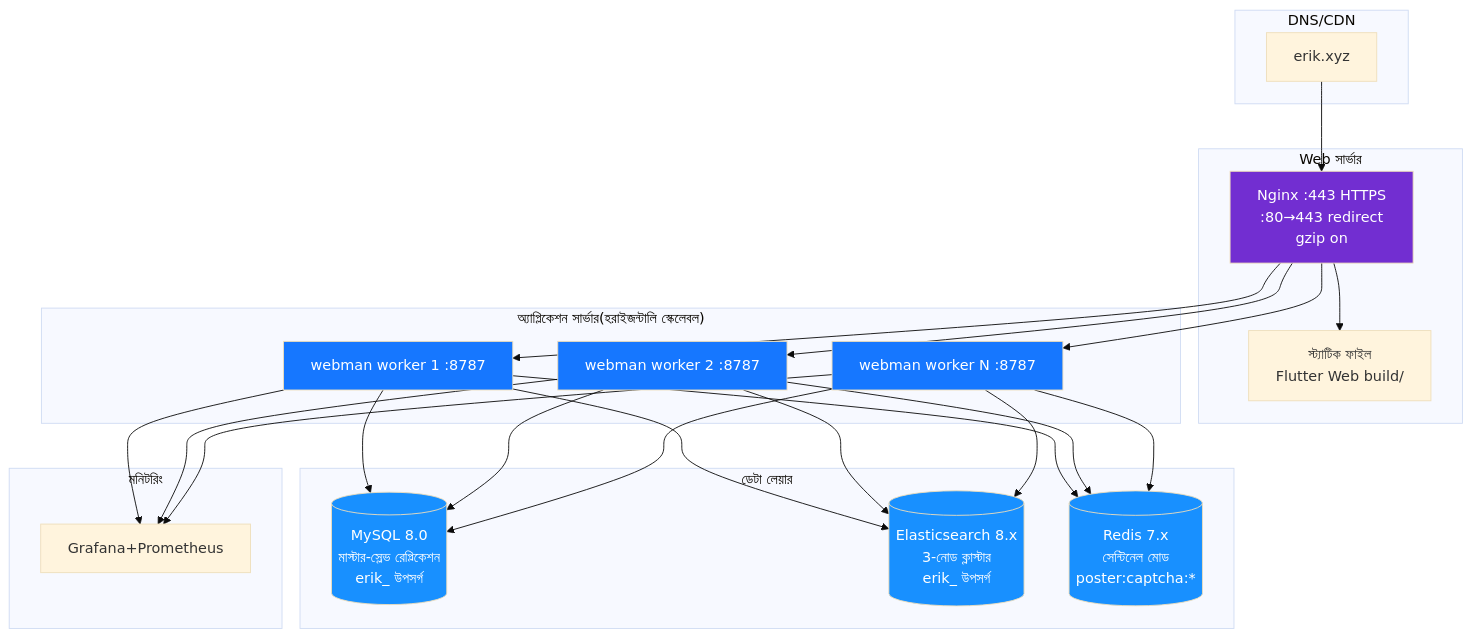
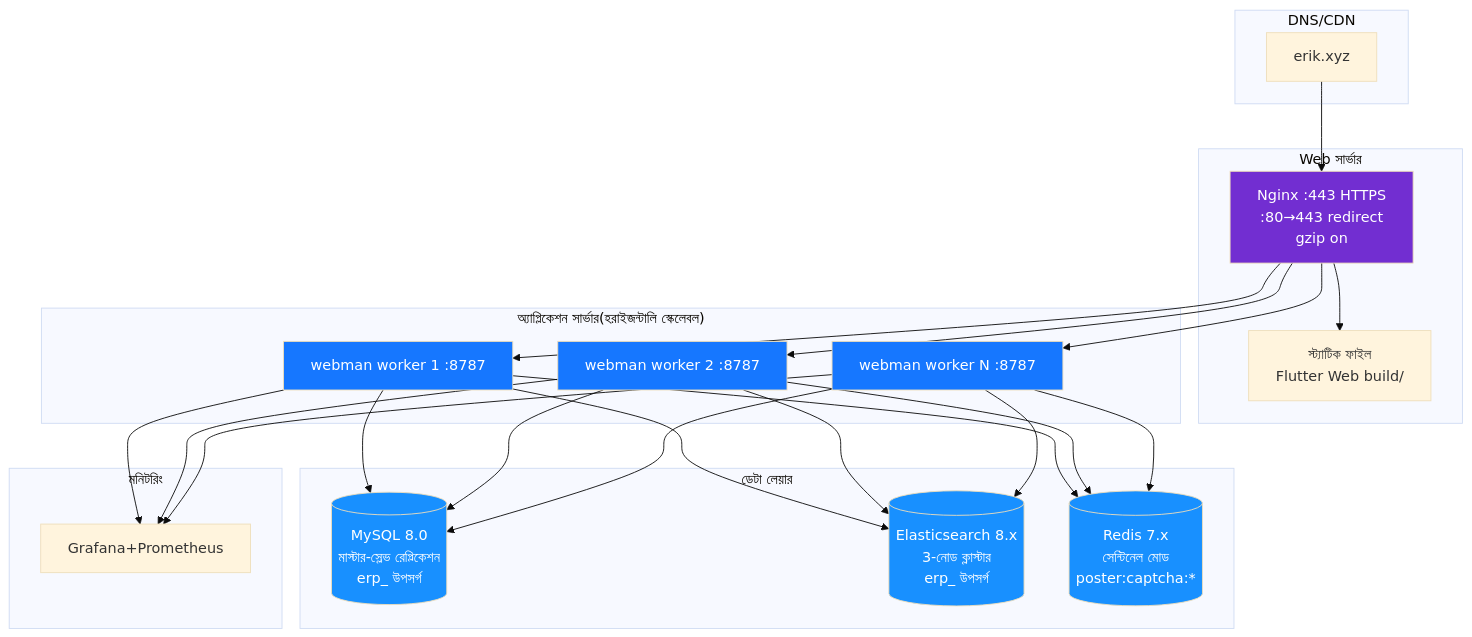
One commit to erikwang2013/erp-php changed the diagram in docs/i18n/bn/diagrams/12-deployment.md. Above: the diagram before and after it, drawn with Mermaid (base theme). The commit also changed 449 other files, not shown here.

First line of the commit message:
全局命名统一：数据库 erp、表前缀 erp_、Redis 前缀 erp:（原 erik_/open_admin）

````diff
--- a/docs/i18n/bn/diagrams/12-deployment.md
+++ b/docs/i18n/bn/diagrams/12-deployment.md
@@ -3,45 +3,45 @@
 ```mermaid
 flowchart TB
     subgraph dns["DNS/CDN"]
         domain["erik.xyz"]
     end
 
     subgraph web["Web সার্ভার"]
         nginx["Nginx :443 HTTPS<br/>:80→443 redirect<br/>gzip on"]
         static["স্ট্যাটিক ফাইল<br/>Flutter Web build/"]
     end
 
     subgraph app["অ্যাপ্লিকেশন সার্ভার(হরাইজন্টালি স্কেলেবল)"]
         wm1["webman worker 1 :8787"]
         wm2["webman worker 2 :8787"]
         wm3["webman worker N :8787"]
     end
 
     subgraph data["ডেটা লেয়ার"]
-        mysql[("MySQL 8.0<br/>মাস্টার-স্লেভ রেপ্লিকেশন<br/>erik_ উপসর্গ")]
-        es[("Elasticsearch 8.x<br/>3-নোড ক্লাস্টার<br/>erik_ উপসর্গ")]
+        mysql[("MySQL 8.0<br/>মাস্টার-স্লেভ রেপ্লিকেশন<br/>erp_ উপসর্গ")]
+        es[("Elasticsearch 8.x<br/>3-নোড ক্লাস্টার<br/>erp_ উপসর্গ")]
         redis[("Redis 7.x<br/>সেন্টিনেল মোড<br/>poster:captcha:*")]
     end
 
     subgraph monitor["মনিটরিং"]
         grafana["Grafana+Prometheus"]
     end
 
     domain --> nginx
     nginx --> static
     nginx --> wm1
     nginx --> wm2
     nginx --> wm3
     wm1 & wm2 & wm3 --> mysql
     wm1 & wm2 & wm3 --> es
     wm1 & wm2 & wm3 --> redis
     wm1 & wm2 & wm3 --> grafana
 
     style nginx fill:#722ED1,color:#fff
     style wm1 fill:#1677FF,color:#fff
     style wm2 fill:#1677FF,color:#fff
     style wm3 fill:#1677FF,color:#fff
     style mysql fill:#1890FF,color:#fff
     style es fill:#1890FF,color:#fff
     style redis fill:#1890FF,color:#fff
 ```
````
